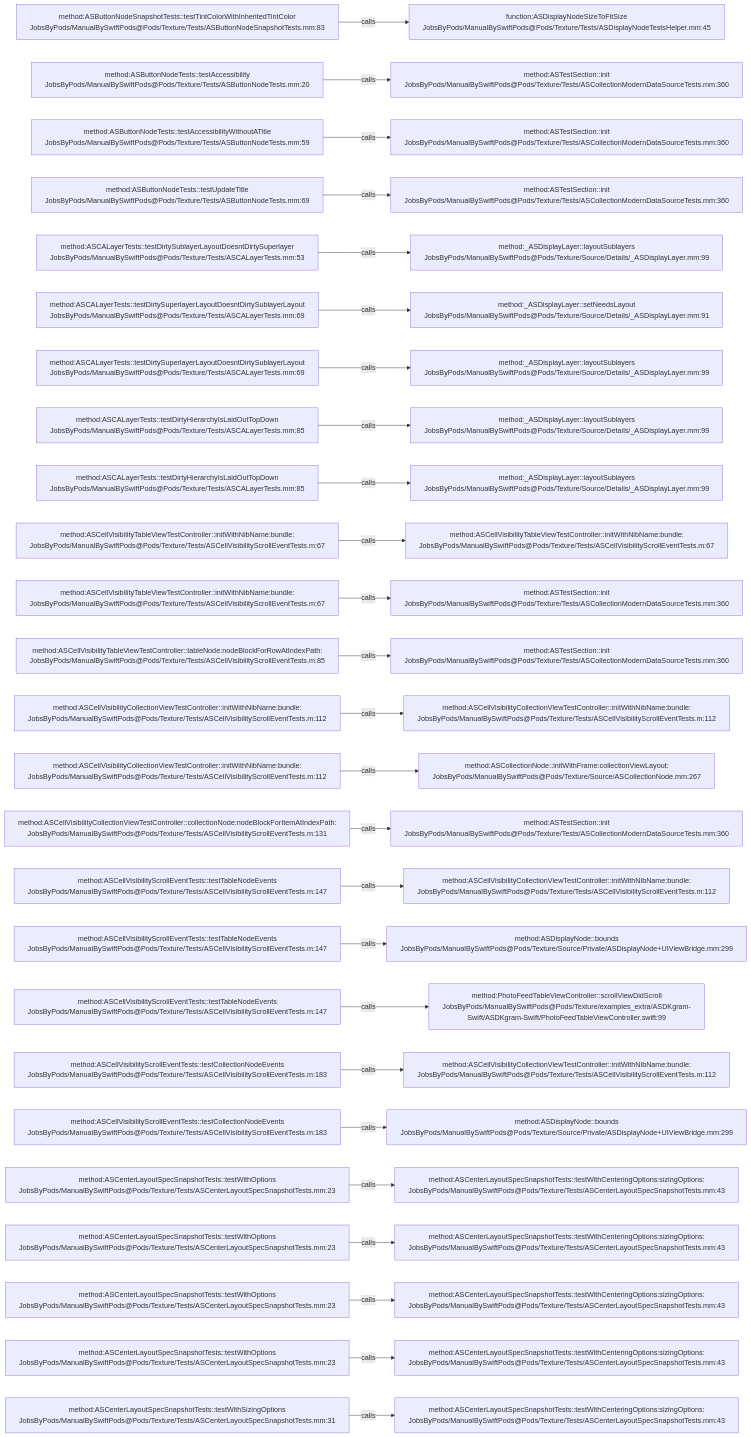
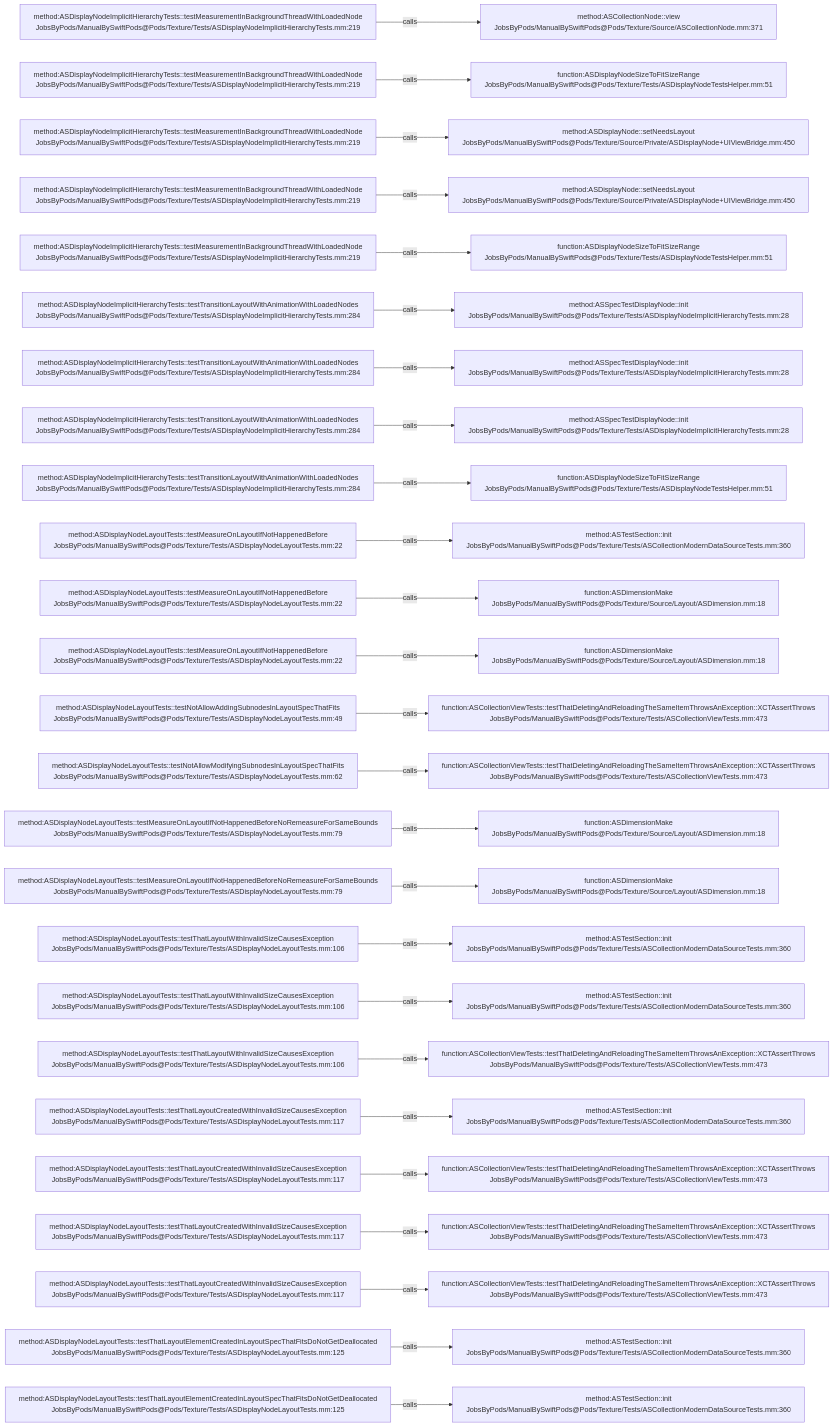
The diagram in .codegraph/codegraph.md/graphs/calls-185.md (JobsKits/JobsSwiftBaseConfigDemo), drawn with Mermaid before and after one commit. The commit also changed 832 other files, not shown here.

````diff
--- a/.codegraph/codegraph.md/graphs/calls-185.md
+++ b/.codegraph/codegraph.md/graphs/calls-185.md
@@ -13,78 +13,78 @@
 ```mermaid
 flowchart LR
-  S1["method:ASButtonNodeSnapshotTests::testTintColorWithInheritedTintColor<br/>JobsByPods/ManualBySwiftPods@Pods/Texture/Tests/ASButtonNodeSnapshotTests.mm:83"]
-  T1["function:ASDisplayNodeSizeToFitSize<br/>JobsByPods/ManualBySwiftPods@Pods/Texture/Tests/ASDisplayNodeTestsHelper.mm:45"]
+  S1["method:ASDisplayNodeImplicitHierarchyTests::testMeasurementInBackgroundThreadWithLoadedNode<br/>JobsByPods/ManualBySwiftPods@Pods/Texture/Tests/ASDisplayNodeImplicitHierarchyTests.mm:219"]
+  T1["method:ASCollectionNode::view<br/>JobsByPods/ManualBySwiftPods@Pods/Texture/Source/ASCollectionNode.mm:371"]
   S1 -->|calls| T1
-  S2["method:ASButtonNodeTests::testAccessibility<br/>JobsByPods/ManualBySwiftPods@Pods/Texture/Tests/ASButtonNodeTests.mm:20"]
-  T2["method:ASTestSection::init<br/>JobsByPods/ManualBySwiftPods@Pods/Texture/Tests/ASCollectionModernDataSourceTests.mm:360"]
+  S2["method:ASDisplayNodeImplicitHierarchyTests::testMeasurementInBackgroundThreadWithLoadedNode<br/>JobsByPods/ManualBySwiftPods@Pods/Texture/Tests/ASDisplayNodeImplicitHierarchyTests.mm:219"]
+  T2["function:ASDisplayNodeSizeToFitSizeRange<br/>JobsByPods/ManualBySwiftPods@Pods/Texture/Tests/ASDisplayNodeTestsHelper.mm:51"]
   S2 -->|calls| T2
-  S3["method:ASButtonNodeTests::testAccessibilityWithoutATitle<br/>JobsByPods/ManualBySwiftPods@Pods/Texture/Tests/ASButtonNodeTests.mm:59"]
-  T3["method:ASTestSection::init<br/>JobsByPods/ManualBySwiftPods@Pods/Texture/Tests/ASCollectionModernDataSourceTests.mm:360"]
+  S3["method:ASDisplayNodeImplicitHierarchyTests::testMeasurementInBackgroundThreadWithLoadedNode<br/>JobsByPods/ManualBySwiftPods@Pods/Texture/Tests/ASDisplayNodeImplicitHierarchyTests.mm:219"]
+  T3["method:ASDisplayNode::setNeedsLayout<br/>JobsByPods/ManualBySwiftPods@Pods/Texture/Source/Private/ASDisplayNode+UIViewBridge.mm:450"]
   S3 -->|calls| T3
-  S4["method:ASButtonNodeTests::testUpdateTitle<br/>JobsByPods/ManualBySwiftPods@Pods/Texture/Tests/ASButtonNodeTests.mm:69"]
-  T4["method:ASTestSection::init<br/>JobsByPods/ManualBySwiftPods@Pods/Texture/Tests/ASCollectionModernDataSourceTests.mm:360"]
+  S4["method:ASDisplayNodeImplicitHierarchyTests::testMeasurementInBackgroundThreadWithLoadedNode<br/>JobsByPods/ManualBySwiftPods@Pods/Texture/Tests/ASDisplayNodeImplicitHierarchyTests.mm:219"]
+  T4["method:ASDisplayNode::setNeedsLayout<br/>JobsByPods/ManualBySwiftPods@Pods/Texture/Source/Private/ASDisplayNode+UIViewBridge.mm:450"]
   S4 -->|calls| T4
-  S5["method:ASCALayerTests::testDirtySublayerLayoutDoesntDirtySuperlayer<br/>JobsByPods/ManualBySwiftPods@Pods/Texture/Tests/ASCALayerTests.mm:53"]
-  T5["method:_ASDisplayLayer::layoutSublayers<br/>JobsByPods/ManualBySwiftPods@Pods/Texture/Source/Details/_ASDisplayLayer.mm:99"]
+  S5["method:ASDisplayNodeImplicitHierarchyTests::testMeasurementInBackgroundThreadWithLoadedNode<br/>JobsByPods/ManualBySwiftPods@Pods/Texture/Tests/ASDisplayNodeImplicitHierarchyTests.mm:219"]
+  T5["function:ASDisplayNodeSizeToFitSizeRange<br/>JobsByPods/ManualBySwiftPods@Pods/Texture/Tests/ASDisplayNodeTestsHelper.mm:51"]
   S5 -->|calls| T5
-  S6["method:ASCALayerTests::testDirtySuperlayerLayoutDoesntDirtySublayerLayout<br/>JobsByPods/ManualBySwiftPods@Pods/Texture/Tests/ASCALayerTests.mm:69"]
-  T6["method:_ASDisplayLayer::setNeedsLayout<br/>JobsByPods/ManualBySwiftPods@Pods/Texture/Source/Details/_ASDisplayLayer.mm:91"]
+  S6["method:ASDisplayNodeImplicitHierarchyTests::testTransitionLayoutWithAnimationWithLoadedNodes<br/>JobsByPods/ManualBySwiftPods@Pods/Texture/Tests/ASDisplayNodeImplicitHierarchyTests.mm:284"]
+  T6["method:ASSpecTestDisplayNode::init<br/>JobsByPods/ManualBySwiftPods@Pods/Texture/Tests/ASDisplayNodeImplicitHierarchyTests.mm:28"]
   S6 -->|calls| T6
-  S7["method:ASCALayerTests::testDirtySuperlayerLayoutDoesntDirtySublayerLayout<br/>JobsByPods/ManualBySwiftPods@Pods/Texture/Tests/ASCALayerTests.mm:69"]
-  T7["method:_ASDisplayLayer::layoutSublayers<br/>JobsByPods/ManualBySwiftPods@Pods/Texture/Source/Details/_ASDisplayLayer.mm:99"]
+  S7["method:ASDisplayNodeImplicitHierarchyTests::testTransitionLayoutWithAnimationWithLoadedNodes<br/>JobsByPods/ManualBySwiftPods@Pods/Texture/Tests/ASDisplayNodeImplicitHierarchyTests.mm:284"]
+  T7["method:ASSpecTestDisplayNode::init<br/>JobsByPods/ManualBySwiftPods@Pods/Texture/Tests/ASDisplayNodeImplicitHierarchyTests.mm:28"]
   S7 -->|calls| T7
-  S8["method:ASCALayerTests::testDirtyHierarchyIsLaidOutTopDown<br/>JobsByPods/ManualBySwiftPods@Pods/Texture/Tests/ASCALayerTests.mm:85"]
-  T8["method:_ASDisplayLayer::layoutSublayers<br/>JobsByPods/ManualBySwiftPods@Pods/Texture/Source/Details/_ASDisplayLayer.mm:99"]
+  S8["method:ASDisplayNodeImplicitHierarchyTests::testTransitionLayoutWithAnimationWithLoadedNodes<br/>JobsByPods/ManualBySwiftPods@Pods/Texture/Tests/ASDisplayNodeImplicitHierarchyTests.mm:284"]
+  T8["method:ASSpecTestDisplayNode::init<br/>JobsByPods/ManualBySwiftPods@Pods/Texture/Tests/ASDisplayNodeImplicitHierarchyTests.mm:28"]
   S8 -->|calls| T8
-  S9["method:ASCALayerTests::testDirtyHierarchyIsLaidOutTopDown<br/>JobsByPods/ManualBySwiftPods@Pods/Texture/Tests/ASCALayerTests.mm:85"]
-  T9["method:_ASDisplayLayer::layoutSublayers<br/>JobsByPods/ManualBySwiftPods@Pods/Texture/Source/Details/_ASDisplayLayer.mm:99"]
+  S9["method:ASDisplayNodeImplicitHierarchyTests::testTransitionLayoutWithAnimationWithLoadedNodes<br/>JobsByPods/ManualBySwiftPods@Pods/Texture/Tests/ASDisplayNodeImplicitHierarchyTests.mm:284"]
+  T9["function:ASDisplayNodeSizeToFitSizeRange<br/>JobsByPods/ManualBySwiftPods@Pods/Texture/Tests/ASDisplayNodeTestsHelper.mm:51"]
   S9 -->|calls| T9
-  S10["method:ASCellVisibilityTableViewTestController::initWithNibName:bundle:<br/>JobsByPods/ManualBySwiftPods@Pods/Texture/Tests/ASCellVisibilityScrollEventTests.m:67"]
-  T10["method:ASCellVisibilityTableViewTestController::initWithNibName:bundle:<br/>JobsByPods/ManualBySwiftPods@Pods/Texture/Tests/ASCellVisibilityScrollEventTests.m:67"]
+  S10["method:ASDisplayNodeLayoutTests::testMeasureOnLayoutIfNotHappenedBefore<br/>JobsByPods/ManualBySwiftPods@Pods/Texture/Tests/ASDisplayNodeLayoutTests.mm:22"]
+  T10["method:ASTestSection::init<br/>JobsByPods/ManualBySwiftPods@Pods/Texture/Tests/ASCollectionModernDataSourceTests.mm:360"]
   S10 -->|calls| T10
-  S11["method:ASCellVisibilityTableViewTestController::initWithNibName:bundle:<br/>JobsByPods/ManualBySwiftPods@Pods/Texture/Tests/ASCellVisibilityScrollEventTests.m:67"]
-  T11["method:ASTestSection::init<br/>JobsByPods/ManualBySwiftPods@Pods/Texture/Tests/ASCollectionModernDataSourceTests.mm:360"]
+  S11["method:ASDisplayNodeLayoutTests::testMeasureOnLayoutIfNotHappenedBefore<br/>JobsByPods/ManualBySwiftPods@Pods/Texture/Tests/ASDisplayNodeLayoutTests.mm:22"]
+  T11["function:ASDimensionMake<br/>JobsByPods/ManualBySwiftPods@Pods/Texture/Source/Layout/ASDimension.mm:18"]
   S11 -->|calls| T11
-  S12["method:ASCellVisibilityTableViewTestController::tableNode:nodeBlockForRowAtIndexPath:<br/>JobsByPods/ManualBySwiftPods@Pods/Texture/Tests/ASCellVisibilityScrollEventTests.m:85"]
-  T12["method:ASTestSection::init<br/>JobsByPods/ManualBySwiftPods@Pods/Texture/Tests/ASCollectionModernDataSourceTests.mm:360"]
+  S12["method:ASDisplayNodeLayoutTests::testMeasureOnLayoutIfNotHappenedBefore<br/>JobsByPods/ManualBySwiftPods@Pods/Texture/Tests/ASDisplayNodeLayoutTests.mm:22"]
+  T12["function:ASDimensionMake<br/>JobsByPods/ManualBySwiftPods@Pods/Texture/Source/Layout/ASDimension.mm:18"]
   S12 -->|calls| T12
-  S13["method:ASCellVisibilityCollectionViewTestController::initWithNibName:bundle:<br/>JobsByPods/ManualBySwiftPods@Pods/Texture/Tests/ASCellVisibilityScrollEventTests.m:112"]
-  T13["method:ASCellVisibilityCollectionViewTestController::initWithNibName:bundle:<br/>JobsByPods/ManualBySwiftPods@Pods/Texture/Tests/ASCellVisibilityScrollEventTests.m:112"]
+  S13["method:ASDisplayNodeLayoutTests::testNotAllowAddingSubnodesInLayoutSpecThatFits<br/>JobsByPods/ManualBySwiftPods@Pods/Texture/Tests/ASDisplayNodeLayoutTests.mm:49"]
+  T13["function:ASCollectionViewTests::testThatDeletingAndReloadingTheSameItemThrowsAnException::XCTAssertThrows<br/>JobsByPods/ManualBySwiftPods@Pods/Texture/Tests/ASCollectionViewTests.mm:473"]
   S13 -->|calls| T13
-  S14["method:ASCellVisibilityCollectionViewTestController::initWithNibName:bundle:<br/>JobsByPods/ManualBySwiftPods@Pods/Texture/Tests/ASCellVisibilityScrollEventTests.m:112"]
-  T14["method:ASCollectionNode::initWithFrame:collectionViewLayout:<br/>JobsByPods/ManualBySwiftPods@Pods/Texture/Source/ASCollectionNode.mm:267"]
+  S14["method:ASDisplayNodeLayoutTests::testNotAllowModifyingSubnodesInLayoutSpecThatFits<br/>JobsByPods/ManualBySwiftPods@Pods/Texture/Tests/ASDisplayNodeLayoutTests.mm:62"]
+  T14["function:ASCollectionViewTests::testThatDeletingAndReloadingTheSameItemThrowsAnException::XCTAssertThrows<br/>JobsByPods/ManualBySwiftPods@Pods/Texture/Tests/ASCollectionViewTests.mm:473"]
   S14 -->|calls| T14
-  S15["method:ASCellVisibilityCollectionViewTestController::collectionNode:nodeBlockForItemAtIndexPath:<br/>JobsByPods/ManualBySwiftPods@Pods/Texture/Tests/ASCellVisibilityScrollEventTests.m:131"]
-  T15["method:ASTestSection::init<br/>JobsByPods/ManualBySwiftPods@Pods/Texture/Tests/ASCollectionModernDataSourceTests.mm:360"]
+  S15["method:ASDisplayNodeLayoutTests::testMeasureOnLayoutIfNotHappenedBeforeNoRemeasureForSameBounds<br/>JobsByPods/ManualBySwiftPods@Pods/Texture/Tests/ASDisplayNodeLayoutTests.mm:79"]
+  T15["function:ASDimensionMake<br/>JobsByPods/ManualBySwiftPods@Pods/Texture/Source/Layout/ASDimension.mm:18"]
   S15 -->|calls| T15
-  S16["method:ASCellVisibilityScrollEventTests::testTableNodeEvents<br/>JobsByPods/ManualBySwiftPods@Pods/Texture/Tests/ASCellVisibilityScrollEventTests.m:147"]
-  T16["method:ASCellVisibilityCollectionViewTestController::initWithNibName:bundle:<br/>JobsByPods/ManualBySwiftPods@Pods/Texture/Tests/ASCellVisibilityScrollEventTests.m:112"]
+  S16["method:ASDisplayNodeLayoutTests::testMeasureOnLayoutIfNotHappenedBeforeNoRemeasureForSameBounds<br/>JobsByPods/ManualBySwiftPods@Pods/Texture/Tests/ASDisplayNodeLayoutTests.mm:79"]
+  T16["function:ASDimensionMake<br/>JobsByPods/ManualBySwiftPods@Pods/Texture/Source/Layout/ASDimension.mm:18"]
   S16 -->|calls| T16
-  S17["method:ASCellVisibilityScrollEventTests::testTableNodeEvents<br/>JobsByPods/ManualBySwiftPods@Pods/Texture/Tests/ASCellVisibilityScrollEventTests.m:147"]
-  T17["method:ASDisplayNode::bounds<br/>JobsByPods/ManualBySwiftPods@Pods/Texture/Source/Private/ASDisplayNode+UIViewBridge.mm:299"]
+  S17["method:ASDisplayNodeLayoutTests::testThatLayoutWithInvalidSizeCausesException<br/>JobsByPods/ManualBySwiftPods@Pods/Texture/Tests/ASDisplayNodeLayoutTests.mm:106"]
+  T17["method:ASTestSection::init<br/>JobsByPods/ManualBySwiftPods@Pods/Texture/Tests/ASCollectionModernDataSourceTests.mm:360"]
   S17 -->|calls| T17
-  S18["method:ASCellVisibilityScrollEventTests::testTableNodeEvents<br/>JobsByPods/ManualBySwiftPods@Pods/Texture/Tests/ASCellVisibilityScrollEventTests.m:147"]
-  T18["method:PhotoFeedTableViewController::scrollViewDidScroll<br/>JobsByPods/ManualBySwiftPods@Pods/Texture/examples_extra/ASDKgram-Swift/ASDKgram-Swift/PhotoFeedTableViewController.swift:99"]
+  S18["method:ASDisplayNodeLayoutTests::testThatLayoutWithInvalidSizeCausesException<br/>JobsByPods/ManualBySwiftPods@Pods/Texture/Tests/ASDisplayNodeLayoutTests.mm:106"]
+  T18["method:ASTestSection::init<br/>JobsByPods/ManualBySwiftPods@Pods/Texture/Tests/ASCollectionModernDataSourceTests.mm:360"]
   S18 -->|calls| T18
-  S19["method:ASCellVisibilityScrollEventTests::testCollectionNodeEvents<br/>JobsByPods/ManualBySwiftPods@Pods/Texture/Tests/ASCellVisibilityScrollEventTests.m:183"]
-  T19["method:ASCellVisibilityCollectionViewTestController::initWithNibName:bundle:<br/>JobsByPods/ManualBySwiftPods@Pods/Texture/Tests/ASCellVisibilityScrollEventTests.m:112"]
+  S19["method:ASDisplayNodeLayoutTests::testThatLayoutWithInvalidSizeCausesException<br/>JobsByPods/ManualBySwiftPods@Pods/Texture/Tests/ASDisplayNodeLayoutTests.mm:106"]
+  T19["function:ASCollectionViewTests::testThatDeletingAndReloadingTheSameItemThrowsAnException::XCTAssertThrows<br/>JobsByPods/ManualBySwiftPods@Pods/Texture/Tests/ASCollectionViewTests.mm:473"]
   S19 -->|calls| T19
-  S20["method:ASCellVisibilityScrollEventTests::testCollectionNodeEvents<br/>JobsByPods/ManualBySwiftPods@Pods/Texture/Tests/ASCellVisibilityScrollEventTests.m:183"]
-  T20["method:ASDisplayNode::bounds<br/>JobsByPods/ManualBySwiftPods@Pods/Texture/Source/Private/ASDisplayNode+UIViewBridge.mm:299"]
+  S20["method:ASDisplayNodeLayoutTests::testThatLayoutCreatedWithInvalidSizeCausesException<br/>JobsByPods/ManualBySwiftPods@Pods/Texture/Tests/ASDisplayNodeLayoutTests.mm:117"]
+  T20["method:ASTestSection::init<br/>JobsByPods/ManualBySwiftPods@Pods/Texture/Tests/ASCollectionModernDataSourceTests.mm:360"]
   S20 -->|calls| T20
-  S21["method:ASCenterLayoutSpecSnapshotTests::testWithOptions<br/>JobsByPods/ManualBySwiftPods@Pods/Texture/Tests/ASCenterLayoutSpecSnapshotTests.mm:23"]
-  T21["method:ASCenterLayoutSpecSnapshotTests::testWithCenteringOptions:sizingOptions:<br/>JobsByPods/ManualBySwiftPods@Pods/Texture/Tests/ASCenterLayoutSpecSnapshotTests.mm:43"]
+  S21["method:ASDisplayNodeLayoutTests::testThatLayoutCreatedWithInvalidSizeCausesException<br/>JobsByPods/ManualBySwiftPods@Pods/Texture/Tests/ASDisplayNodeLayoutTests.mm:117"]
+  T21["function:ASCollectionViewTests::testThatDeletingAndReloadingTheSameItemThrowsAnException::XCTAssertThrows<br/>JobsByPods/ManualBySwiftPods@Pods/Texture/Tests/ASCollectionViewTests.mm:473"]
   S21 -->|calls| T21
-  S22["method:ASCenterLayoutSpecSnapshotTests::testWithOptions<br/>JobsByPods/ManualBySwiftPods@Pods/Texture/Tests/ASCenterLayoutSpecSnapshotTests.mm:23"]
-  T22["method:ASCenterLayoutSpecSnapshotTests::testWithCenteringOptions:sizingOptions:<br/>JobsByPods/ManualBySwiftPods@Pods/Texture/Tests/ASCenterLayoutSpecSnapshotTests.mm:43"]
+  S22["method:ASDisplayNodeLayoutTests::testThatLayoutCreatedWithInvalidSizeCausesException<br/>JobsByPods/ManualBySwiftPods@Pods/Texture/Tests/ASDisplayNodeLayoutTests.mm:117"]
+  T22["function:ASCollectionViewTests::testThatDeletingAndReloadingTheSameItemThrowsAnException::XCTAssertThrows<br/>JobsByPods/ManualBySwiftPods@Pods/Texture/Tests/ASCollectionViewTests.mm:473"]
   S22 -->|calls| T22
-  S23["method:ASCenterLayoutSpecSnapshotTests::testWithOptions<br/>JobsByPods/ManualBySwiftPods@Pods/Texture/Tests/ASCenterLayoutSpecSnapshotTests.mm:23"]
-  T23["method:ASCenterLayoutSpecSnapshotTests::testWithCenteringOptions:sizingOptions:<br/>JobsByPods/ManualBySwiftPods@Pods/Texture/Tests/ASCenterLayoutSpecSnapshotTests.mm:43"]
+  S23["method:ASDisplayNodeLayoutTests::testThatLayoutCreatedWithInvalidSizeCausesException<br/>JobsByPods/ManualBySwiftPods@Pods/Texture/Tests/ASDisplayNodeLayoutTests.mm:117"]
+  T23["function:ASCollectionViewTests::testThatDeletingAndReloadingTheSameItemThrowsAnException::XCTAssertThrows<br/>JobsByPods/ManualBySwiftPods@Pods/Texture/Tests/ASCollectionViewTests.mm:473"]
   S23 -->|calls| T23
-  S24["method:ASCenterLayoutSpecSnapshotTests::testWithOptions<br/>JobsByPods/ManualBySwiftPods@Pods/Texture/Tests/ASCenterLayoutSpecSnapshotTests.mm:23"]
-  T24["method:ASCenterLayoutSpecSnapshotTests::testWithCenteringOptions:sizingOptions:<br/>JobsByPods/ManualBySwiftPods@Pods/Texture/Tests/ASCenterLayoutSpecSnapshotTests.mm:43"]
+  S24["method:ASDisplayNodeLayoutTests::testThatLayoutElementCreatedInLayoutSpecThatFitsDoNotGetDeallocated<br/>JobsByPods/ManualBySwiftPods@Pods/Texture/Tests/ASDisplayNodeLayoutTests.mm:125"]
+  T24["method:ASTestSection::init<br/>JobsByPods/ManualBySwiftPods@Pods/Texture/Tests/ASCollectionModernDataSourceTests.mm:360"]
   S24 -->|calls| T24
-  S25["method:ASCenterLayoutSpecSnapshotTests::testWithSizingOptions<br/>JobsByPods/ManualBySwiftPods@Pods/Texture/Tests/ASCenterLayoutSpecSnapshotTests.mm:31"]
-  T25["method:ASCenterLayoutSpecSnapshotTests::testWithCenteringOptions:sizingOptions:<br/>JobsByPods/ManualBySwiftPods@Pods/Texture/Tests/ASCenterLayoutSpecSnapshotTests.mm:43"]
+  S25["method:ASDisplayNodeLayoutTests::testThatLayoutElementCreatedInLayoutSpecThatFitsDoNotGetDeallocated<br/>JobsByPods/ManualBySwiftPods@Pods/Texture/Tests/ASDisplayNodeLayoutTests.mm:125"]
+  T25["method:ASTestSection::init<br/>JobsByPods/ManualBySwiftPods@Pods/Texture/Tests/ASCollectionModernDataSourceTests.mm:360"]
   S25 -->|calls| T25
 ```
````
